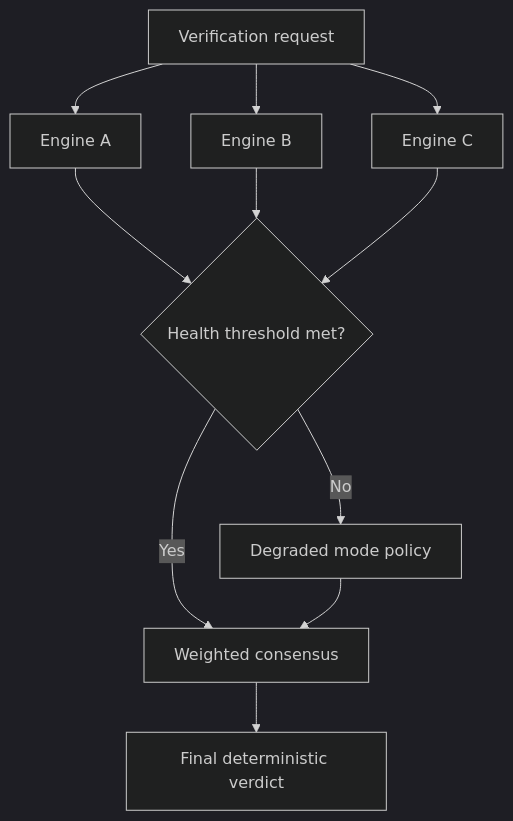
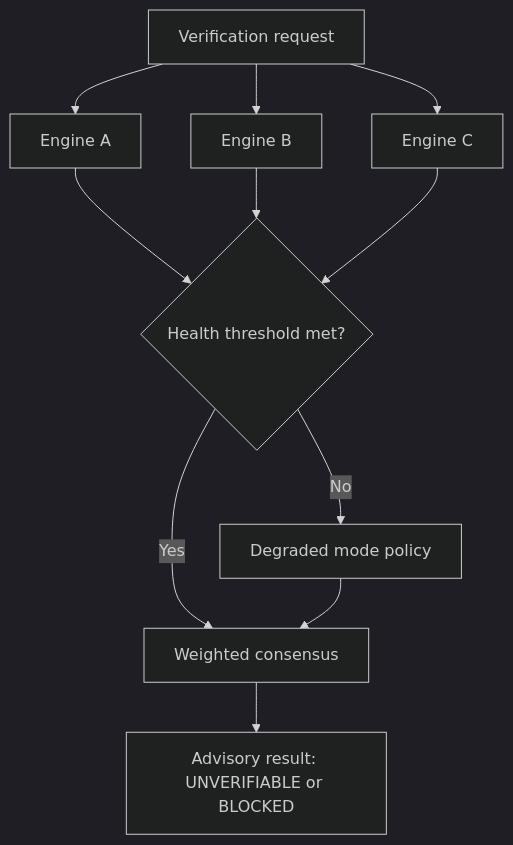
One commit to QWED-AI/docs changed the fourth of 4 diagrams in advanced/architecture-diagrams.mdx. Above: the diagram before and after it, drawn with Mermaid (dark theme). The commit also changed other lines of this file and 7 other files, not shown here.

````diff
--- a/advanced/architecture-diagrams.mdx
+++ b/advanced/architecture-diagrams.mdx
@@ -130,15 +130,15 @@
 ```mermaid
 flowchart TD
     In[Verification request] --> P1[Engine A]
     In --> P2[Engine B]
     In --> P3[Engine C]
 
     P1 --> H{Health threshold met?}
     P2 --> H
     P3 --> H
 
     H -->|Yes| Vote[Weighted consensus]
     H -->|No| Degraded[Degraded mode policy]
     Degraded --> Vote
-    Vote --> Out[Final deterministic verdict]
+    Vote --> Out[Advisory result: UNVERIFIABLE or BLOCKED]
 ```
````
